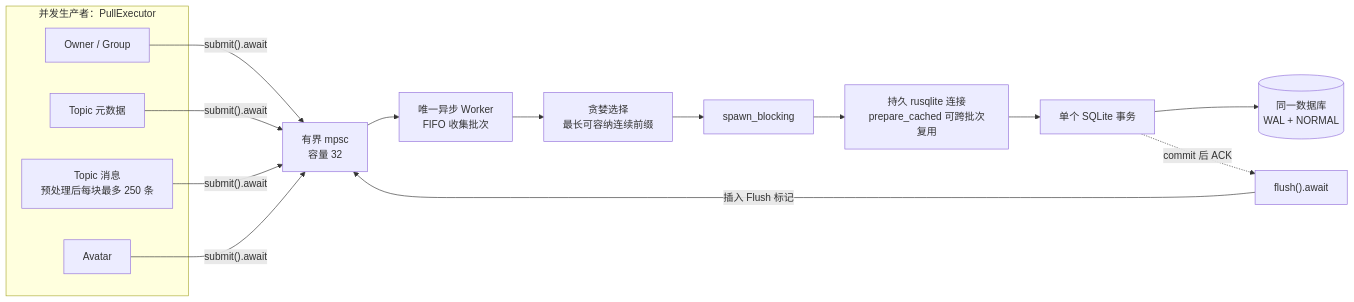
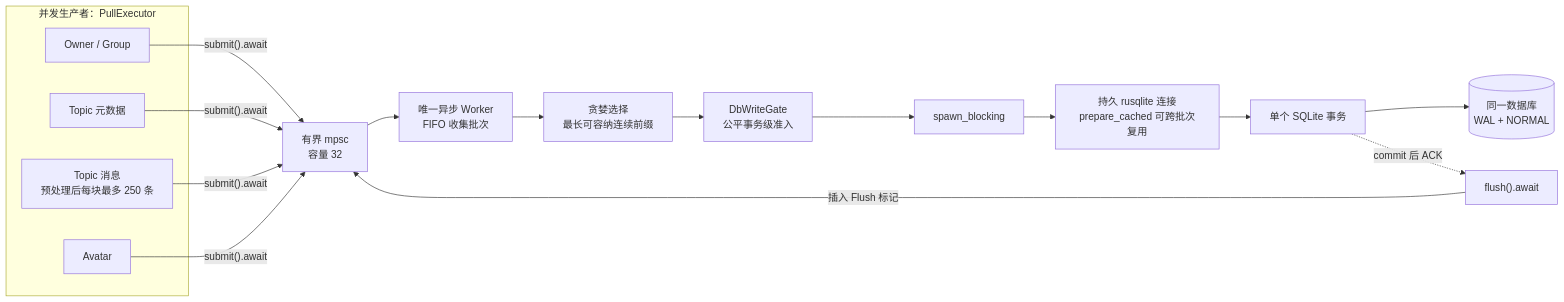
Before and after one commit to MRiecy/VCPMobile: the first of 8 diagrams in docs/modules/14_Persistence领域总览.md, drawn with Mermaid. The commit also changed other lines of this file and 25 other files, not shown here.

Commit message:
fix: serialize SQLite writers with DbWriteGate

````diff
--- a/docs/modules/14_Persistence领域总览.md
+++ b/docs/modules/14_Persistence领域总览.md
@@ -305,23 +307,24 @@
 ```mermaid
 flowchart LR
     subgraph P["并发生产者：PullExecutor"]
         P1["Owner / Group"]
         P2["Topic 元数据"]
         P3["Topic 消息<br/>预处理后每块最多 250 条"]
         P4["Avatar"]
     end
 
     P1 -->|"submit().await"| Q["有界 mpsc<br/>容量 32"]
     P2 -->|"submit().await"| Q
     P3 -->|"submit().await"| Q
     P4 -->|"submit().await"| Q
     F["flush().await"] -->|"插入 Flush 标记"| Q
 
     Q --> W["唯一异步 Worker<br/>FIFO 收集批次"]
     W --> G["贪婪选择<br/>最长可容纳连续前缀"]
-    G --> B["spawn_blocking"]
+    G --> A["DbWriteGate<br/>公平事务级准入"]
+    A --> B["spawn_blocking"]
     B --> C["持久 rusqlite 连接<br/>prepare_cached 可跨批次复用"]
     C --> T["单个 SQLite 事务"]
     T --> D[("同一数据库<br/>WAL + NORMAL")]
     T -. "commit 后 ACK" .-> F
 ```
````
